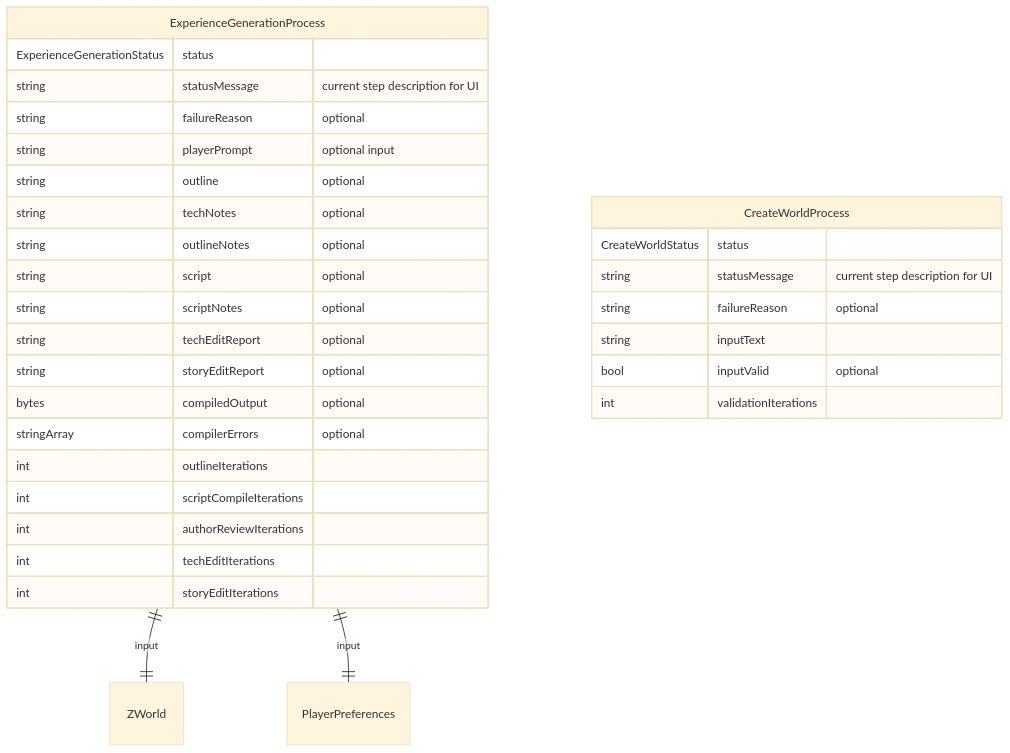
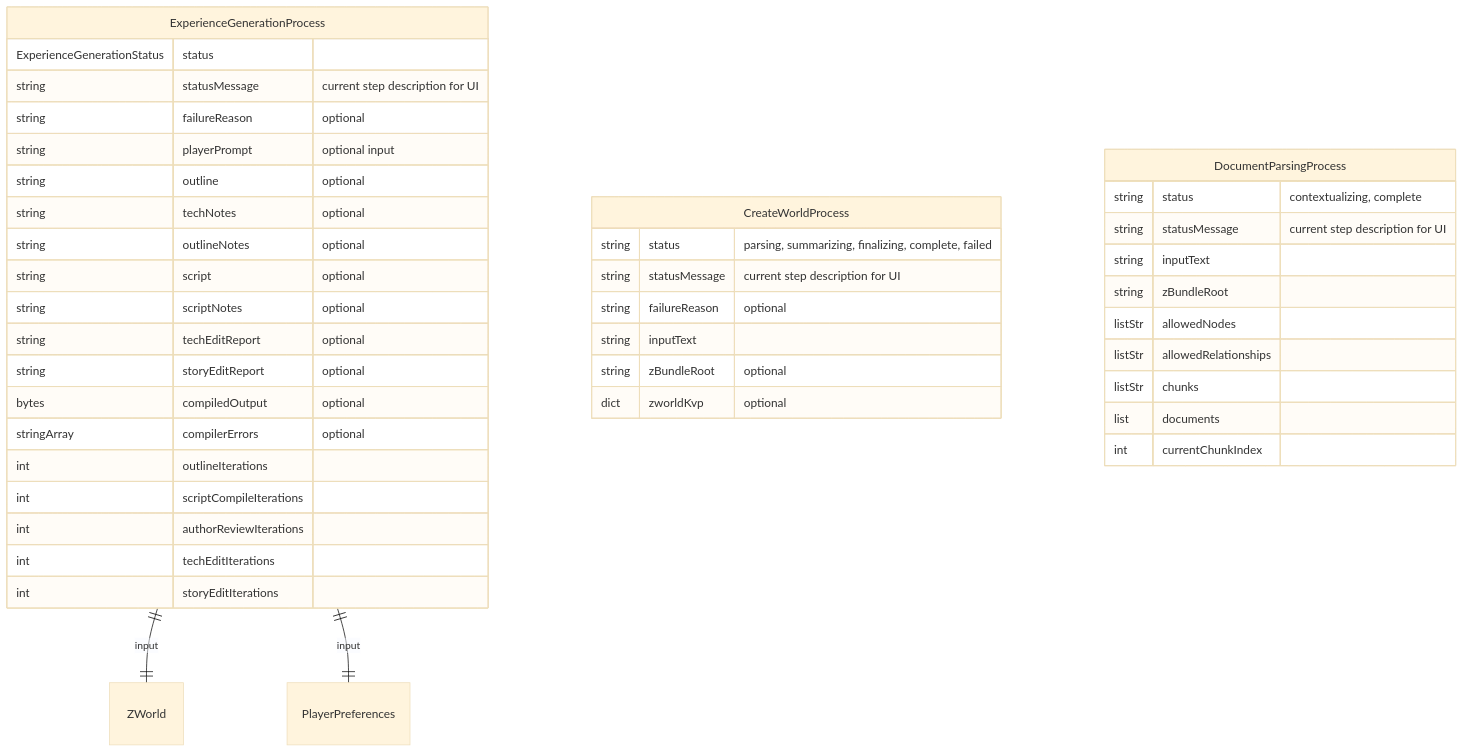
One commit to peterbaileyct/zforge changed the fourth of 4 diagrams in docs/ER Diagram.md. Above: the diagram before and after it, drawn with Mermaid (base theme). The commit also changed other lines of this file and 12 other files, not shown here.

First line of the commit message:
Reimplement World Generation pipeline per new architecture

````diff
--- a/docs/ER Diagram.md
+++ b/docs/ER Diagram.md
@@ -216,34 +124,45 @@
 ```mermaid
 erDiagram
     ExperienceGenerationProcess {
         ExperienceGenerationStatus status
         string statusMessage "current step description for UI"
         string failureReason "optional"
         string playerPrompt "optional input"
         string outline "optional"
         string techNotes "optional"
         string outlineNotes "optional"
         string script "optional"
         string scriptNotes "optional"
         string techEditReport "optional"
         string storyEditReport "optional"
         bytes compiledOutput "optional"
         stringArray compilerErrors "optional"
         int outlineIterations
         int scriptCompileIterations
         int authorReviewIterations
         int techEditIterations
         int storyEditIterations
     }
     CreateWorldProcess {
-        CreateWorldStatus status
+        string status "parsing, summarizing, finalizing, complete, failed"
         string statusMessage "current step description for UI"
         string failureReason "optional"
         string inputText
-        bool inputValid "optional"
-        int validationIterations
+        string zBundleRoot "optional"
+        dict zworldKvp "optional"
+    }
+    DocumentParsingProcess {
+        string status "contextualizing, complete"
+        string statusMessage "current step description for UI"
+        string inputText
+        string zBundleRoot
+        listStr allowedNodes
+        listStr allowedRelationships
+        listStr chunks
+        list documents
+        int currentChunkIndex
     }
 
     ExperienceGenerationProcess ||--|| ZWorld : "input"
     ExperienceGenerationProcess ||--|| PlayerPreferences : "input"
 ```
````
